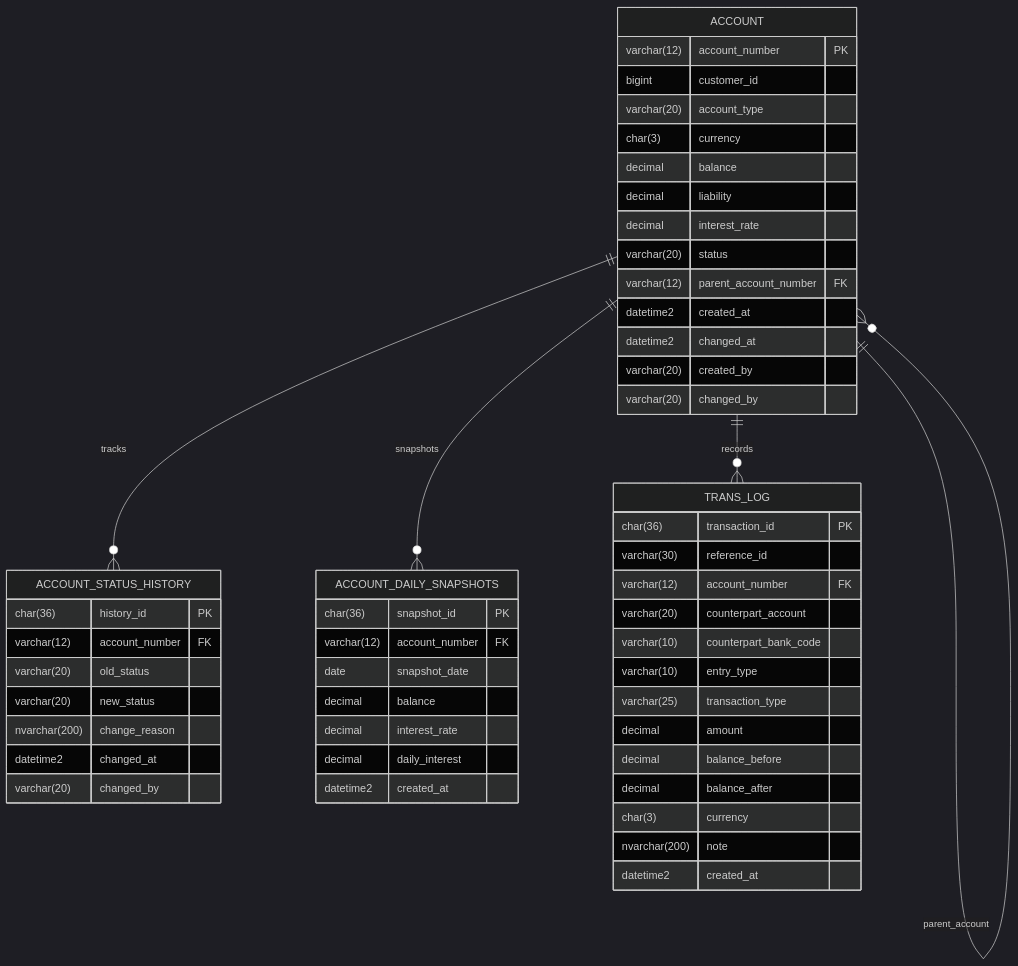
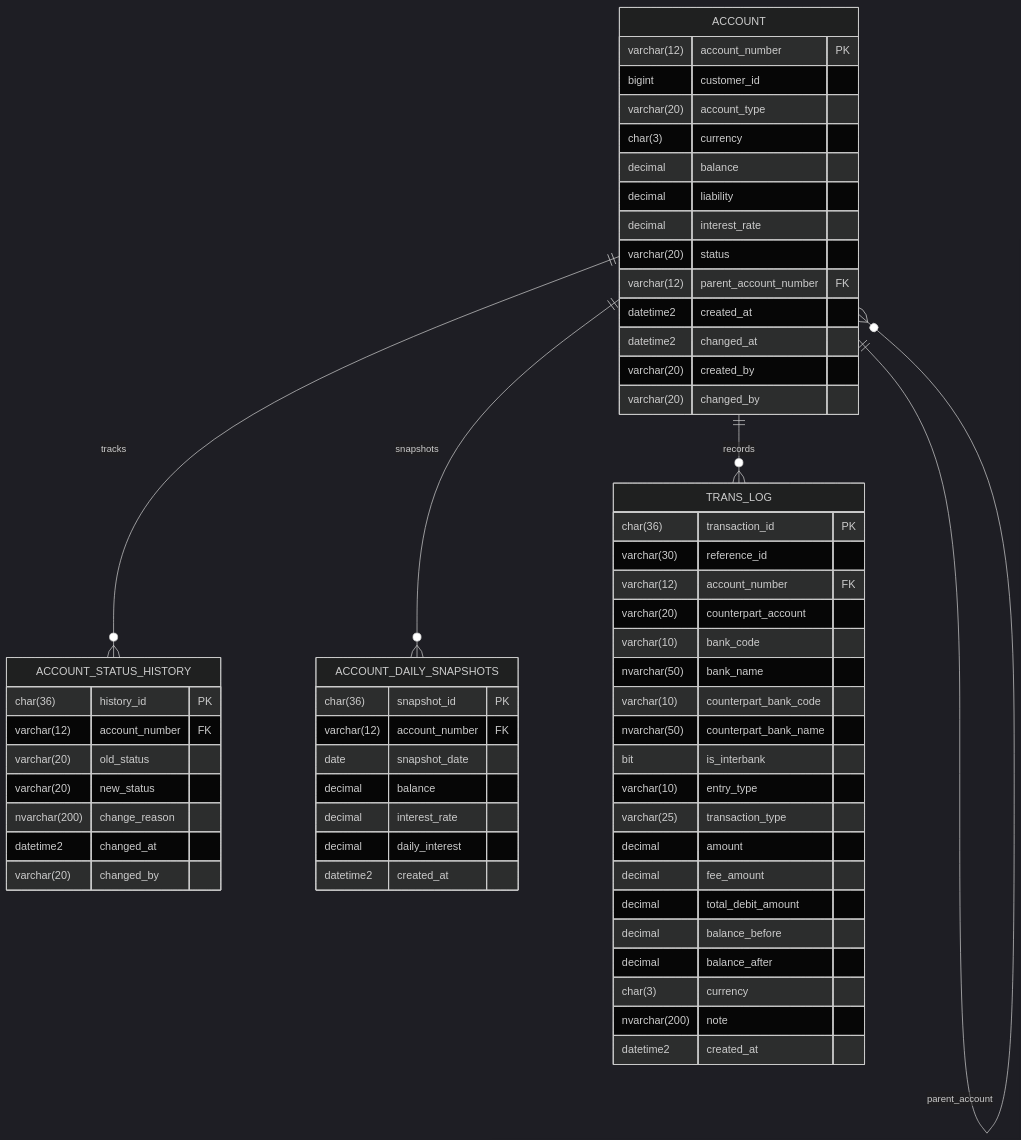
Diagram 17 of 20 in src/main/java/com/javaeasybank/account/doc/DeveloperDoc.md (SuShih99/EEIT-215_Fuku-Bank), drawn with Mermaid (dark theme) before and after one commit. The commit also changed other lines of this file and 12 other files, not shown here.

````diff
--- a/src/main/java/com/javaeasybank/account/doc/DeveloperDoc.md
+++ b/src/main/java/com/javaeasybank/account/doc/DeveloperDoc.md
@@ -1658,59 +1706,65 @@
 ```mermaid
 erDiagram
     ACCOUNT ||--o{ ACCOUNT_STATUS_HISTORY : tracks
     ACCOUNT ||--o{ ACCOUNT_DAILY_SNAPSHOTS : snapshots
     ACCOUNT ||--o{ TRANS_LOG : records
     ACCOUNT ||--o{ ACCOUNT : "parent_account"
 
     ACCOUNT {
         varchar(12) account_number PK
         bigint customer_id
         varchar(20) account_type
         char(3) currency
         decimal balance
         decimal liability
         decimal interest_rate
         varchar(20) status
         varchar(12) parent_account_number FK
         datetime2 created_at
         datetime2 changed_at
         varchar(20) created_by
         varchar(20) changed_by
     }
 
     ACCOUNT_STATUS_HISTORY {
         char(36) history_id PK
         varchar(12) account_number FK
         varchar(20) old_status
         varchar(20) new_status
         nvarchar(200) change_reason
         datetime2 changed_at
         varchar(20) changed_by
     }
 
     ACCOUNT_DAILY_SNAPSHOTS {
         char(36) snapshot_id PK
         varchar(12) account_number FK
         date snapshot_date
         decimal balance
         decimal interest_rate
         decimal daily_interest
         datetime2 created_at
     }
 
     TRANS_LOG {
         char(36) transaction_id PK
         varchar(30) reference_id
         varchar(12) account_number FK
         varchar(20) counterpart_account
+        varchar(10) bank_code
+        nvarchar(50) bank_name
         varchar(10) counterpart_bank_code
+        nvarchar(50) counterpart_bank_name
+        bit is_interbank
         varchar(10) entry_type
         varchar(25) transaction_type
         decimal amount
+        decimal fee_amount
+        decimal total_debit_amount
         decimal balance_before
         decimal balance_after
         char(3) currency
         nvarchar(200) note
         datetime2 created_at
     }
 ```
````
